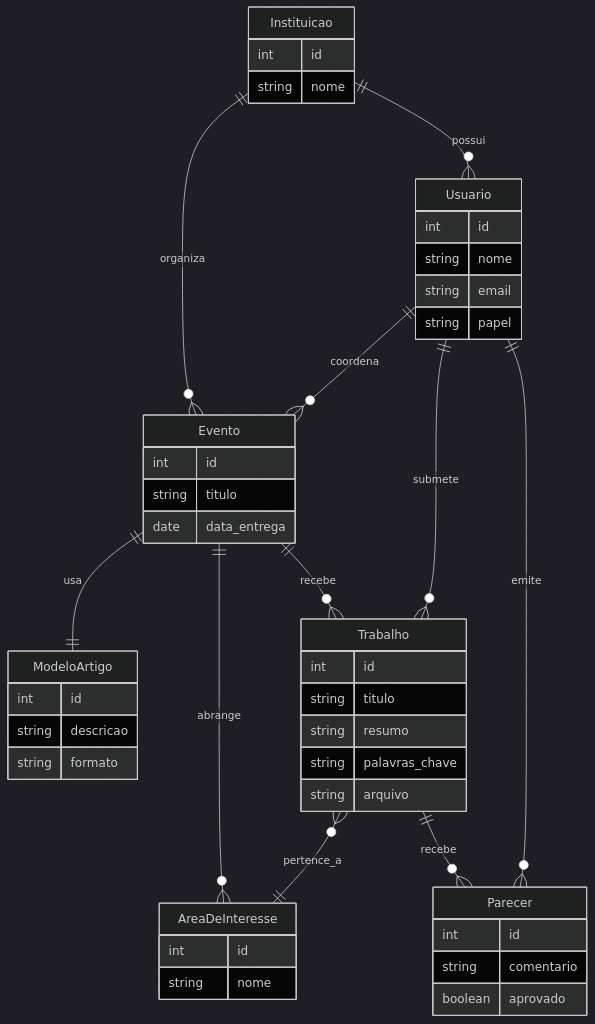
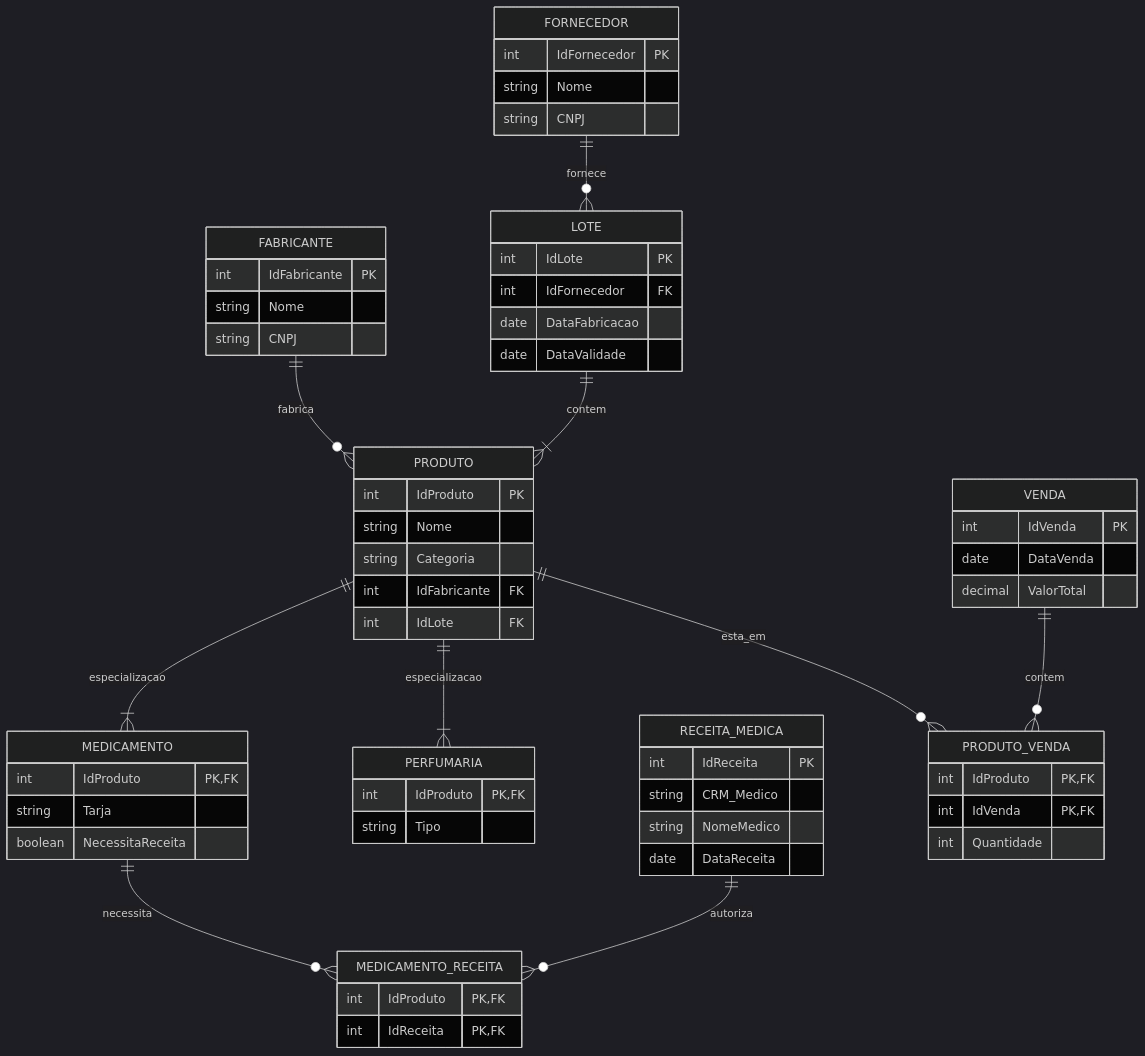
The third of 3 diagrams in Banco de Dados I/Revisoes/1-Revisao.md (rogerdapalma/Banco-de-Dados), drawn with Mermaid (dark theme) before and after one commit. The commit also changed 1 other file, not shown here.

````diff
--- a/Banco de Dados I/Revisoes/1-Revisao.md
+++ b/Banco de Dados I/Revisoes/1-Revisao.md
@@ -171,61 +171,76 @@
 ```mermaid
 erDiagram
-    Usuario {
-        int id
-        string nome
-        string email
-        string papel
+    FORNECEDOR {
+        int IdFornecedor PK
+        string Nome
+        string CNPJ
     }
 
-    Instituicao {
-        int id
-        string nome
+    FABRICANTE {
+        int IdFabricante PK
+        string Nome
+        string CNPJ
     }
 
-    Evento {
-        int id
-        string titulo
-        date data_entrega
+    LOTE {
+        int IdLote PK
+        int IdFornecedor FK
+        date DataFabricacao
+        date DataValidade
     }
 
-    ModeloArtigo {
-        int id
-        string descricao
-        string formato
+    PRODUTO {
+        int IdProduto PK
+        string Nome
+        string Categoria
+        int IdFabricante FK
+        int IdLote FK
     }
 
-    AreaDeInteresse {
-        int id
-        string nome
+    MEDICAMENTO {
+        int IdProduto PK, FK
+        string Tarja
+        boolean NecessitaReceita
     }
 
-    Trabalho {
-        int id
-        string titulo
-        string resumo
-        string palavras_chave
-        string arquivo
+    PERFUMARIA {
+        int IdProduto PK, FK
+        string Tipo
     }
 
-    Parecer {
-        int id
-        string comentario
-        boolean aprovado
+    RECEITA_MEDICA {
+        int IdReceita PK
+        string CRM_Medico
+        string NomeMedico
+        date DataReceita
     }
 
-    %% Relacionamentos
-    Instituicao ||--o{ Usuario : possui
-    Instituicao ||--o{ Evento : organiza
+    VENDA {
+        int IdVenda PK
+        date DataVenda
+        decimal ValorTotal
+    }
 
-    Usuario ||--o{ Evento : coordena
-    Evento ||--|| ModeloArtigo : usa
-    Evento ||--o{ Trabalho : recebe
-    Evento ||--o{ AreaDeInteresse : abrange
+    PRODUTO_VENDA {
+        int IdProduto PK, FK
+        int IdVenda PK, FK
+        int Quantidade
+    }
 
-    Usuario ||--o{ Trabalho : submete
-    Trabalho }o--|| AreaDeInteresse : pertence_a
+    MEDICAMENTO_RECEITA {
+        int IdProduto PK, FK
+        int IdReceita PK, FK
+    }
 
-    Trabalho ||--o{ Parecer : recebe
-    Usuario ||--o{ Parecer : emite
+    FORNECEDOR ||--o{ LOTE : fornece
+    FABRICANTE ||--o{ PRODUTO : fabrica
+    LOTE ||--|{ PRODUTO : contem
+    PRODUTO ||--|{ MEDICAMENTO : especializacao
+    PRODUTO ||--|{ PERFUMARIA : especializacao
+    MEDICAMENTO ||--o{ MEDICAMENTO_RECEITA : necessita
+    RECEITA_MEDICA ||--o{ MEDICAMENTO_RECEITA : autoriza
+    PRODUTO ||--o{ PRODUTO_VENDA : esta_em
+    VENDA ||--o{ PRODUTO_VENDA : contem
+
 
 ```
````
